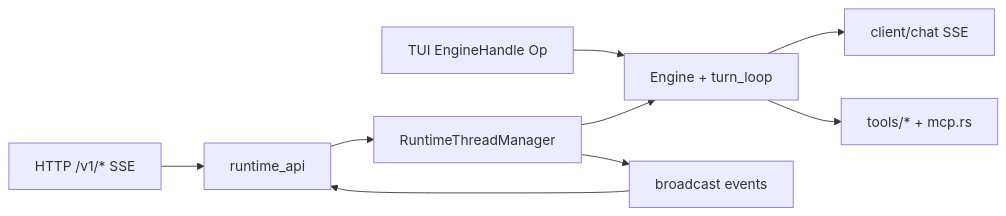
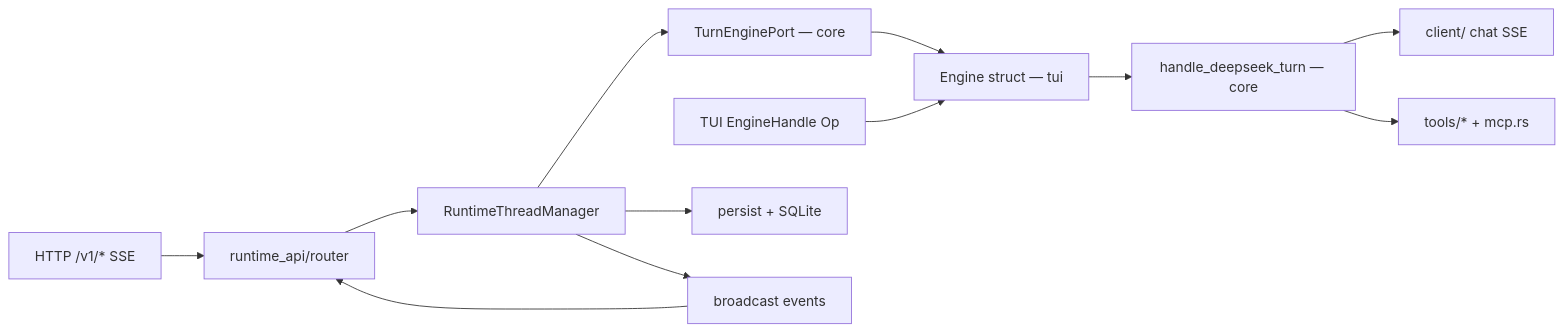
One commit to didclawapp-ai/zagens changed the second of 3 diagrams in docs/tech/RUNTIME_ARCHITECTURE.md. Above: the diagram before and after it, drawn with Mermaid. The commit also changed other lines of this file and 11 other files, not shown here.

````diff
--- a/docs/tech/RUNTIME_ARCHITECTURE.md
+++ b/docs/tech/RUNTIME_ARCHITECTURE.md
@@ -74,17 +91,23 @@
 ```mermaid
 flowchart LR
   HTTP[HTTP /v1/* SSE]
   TUI_IN[TUI EngineHandle Op]
-  ROUTER[runtime_api]
+  ROUTER[runtime_api/router]
   MGR[RuntimeThreadManager]
-  ENG[Engine + turn_loop]
-  LLM[client/chat SSE]
+  PORT[TurnEnginePort — core]
+  ENG[Engine struct — tui]
+  TURN[handle_deepseek_turn — core]
+  LLM[client/ chat SSE]
   TOOLS[tools/* + mcp.rs]
+  PERSIST[persist + SQLite]
 
-  HTTP --> ROUTER --> MGR --> ENG
+  HTTP --> ROUTER --> MGR
+  MGR --> PORT --> ENG
   TUI_IN --> ENG
-  ENG --> LLM
-  ENG --> TOOLS
+  ENG --> TURN
+  TURN --> LLM
+  TURN --> TOOLS
+  MGR --> PERSIST
   MGR --> BCAST[broadcast events]
   BCAST --> ROUTER
 ```
````
